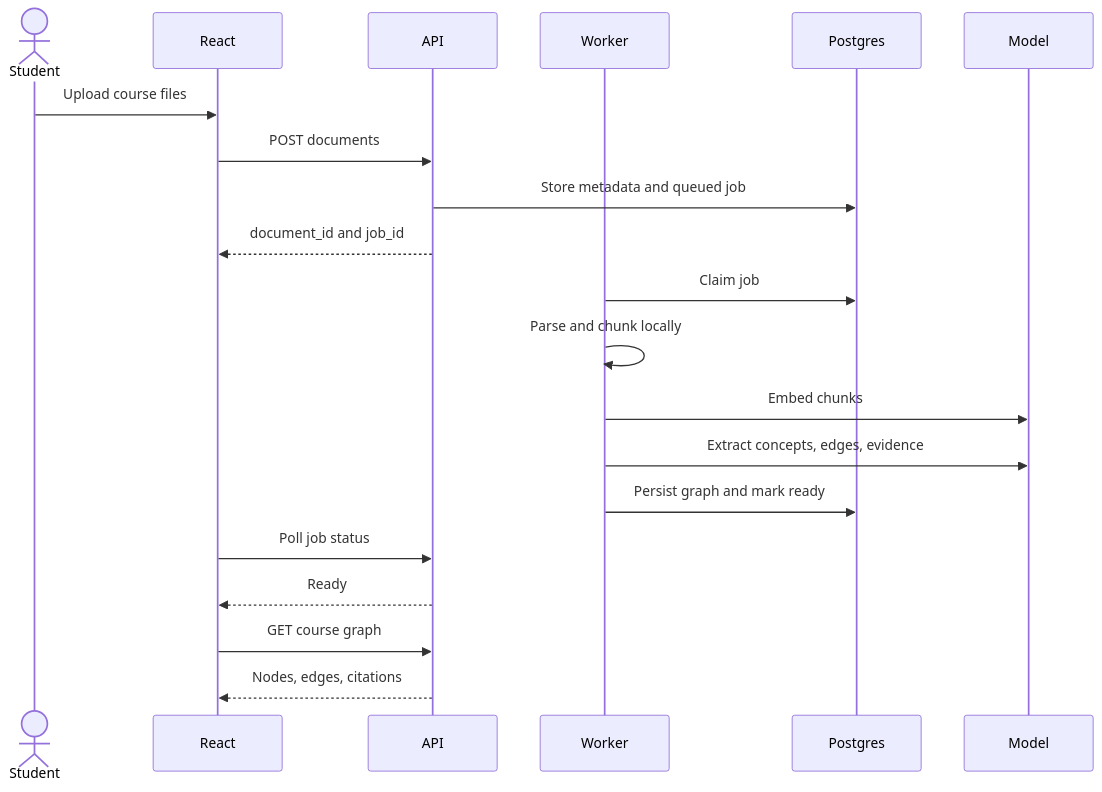
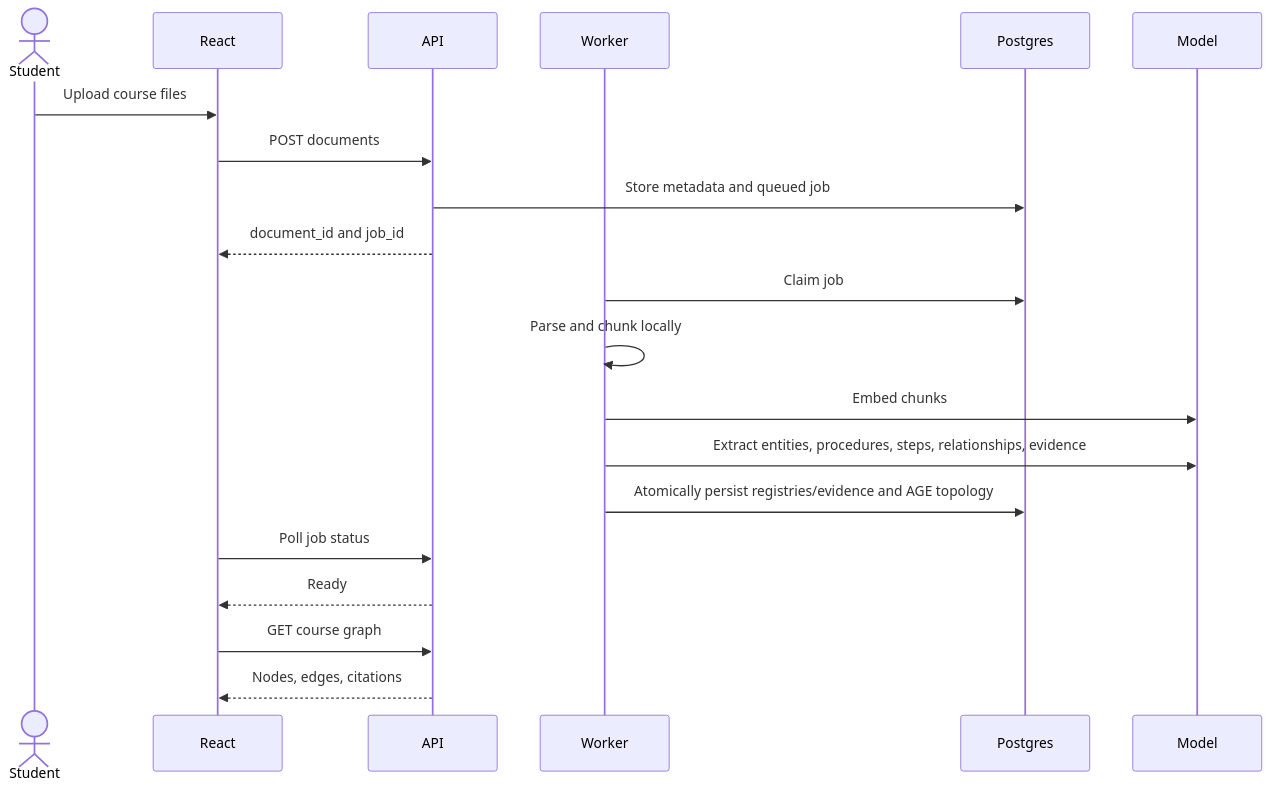
One commit to kat0409/hack-rice-16 changed the third of 11 diagrams in design-doc.md. Above: the diagram before and after it, drawn with Mermaid. The commit also changed other lines of this file and 1 other file, not shown here.

Commit message:
Smaller design doc for architecture review

````diff
--- a/design-doc.md
+++ b/design-doc.md
@@ -422,23 +432,23 @@
 ```mermaid
 sequenceDiagram
     actor Student
     participant React
     participant API
     participant Worker
     participant Postgres
     participant Model
 
     Student->>React: Upload course files
     React->>API: POST documents
     API->>Postgres: Store metadata and queued job
     API-->>React: document_id and job_id
     Worker->>Postgres: Claim job
     Worker->>Worker: Parse and chunk locally
     Worker->>Model: Embed chunks
-    Worker->>Model: Extract concepts, edges, evidence
-    Worker->>Postgres: Persist graph and mark ready
+    Worker->>Model: Extract entities, procedures, steps, relationships, evidence
+    Worker->>Postgres: Atomically persist registries/evidence and AGE topology
     React->>API: Poll job status
     API-->>React: Ready
     React->>API: GET course graph
     API-->>React: Nodes, edges, citations
 ```
````
